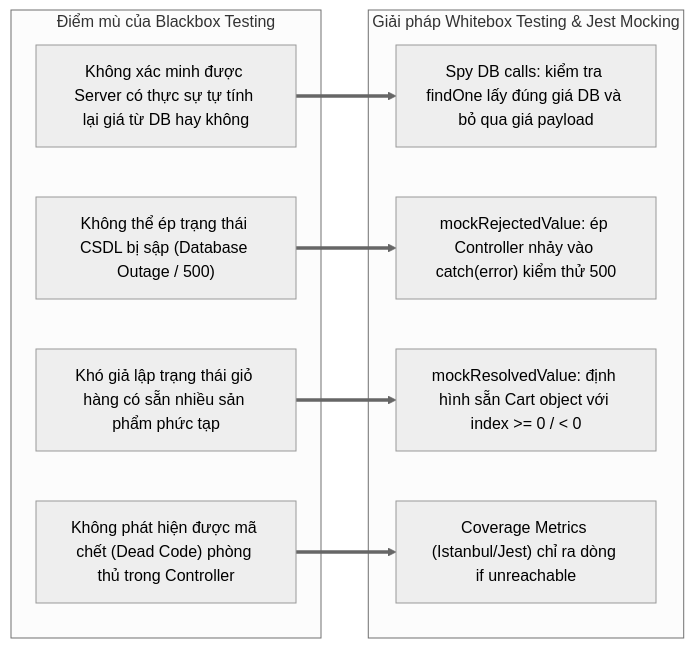
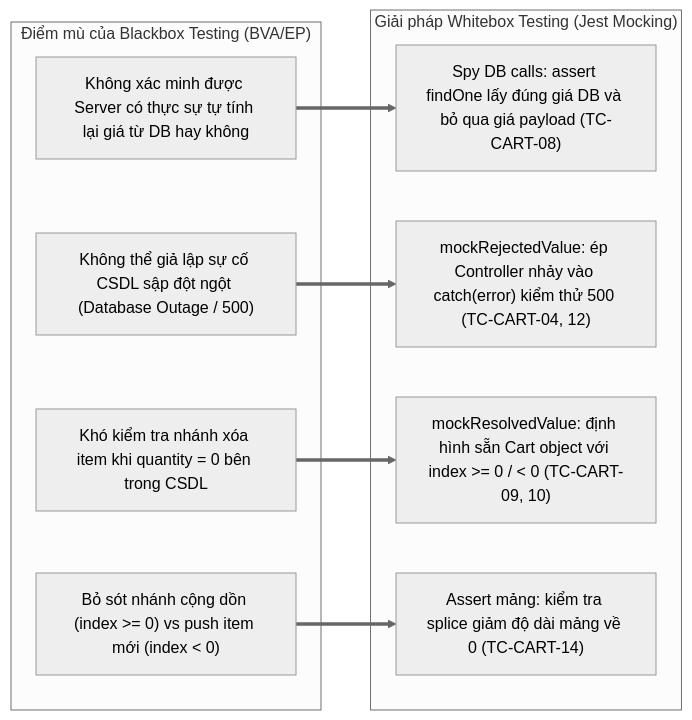
Before and after one commit to ngthdanh05/e-commerce-web: the third of 3 diagrams in Doc/Report/CART_TEST_REPORT.md, drawn with Mermaid (neutral theme). The commit also changed other lines of this file and 6 other files, not shown here.

````diff
--- a/Doc/Report/CART_TEST_REPORT.md
+++ b/Doc/Report/CART_TEST_REPORT.md
@@ -316,21 +355,21 @@
 ```mermaid
 graph LR
-    subgraph BlindSpots ["Điểm mù của Blackbox Testing"]
+    subgraph BlindSpots ["Điểm mù của Blackbox Testing (BVA/EP)"]
         B1["Không xác minh được Server có thực sự tự tính lại giá từ DB hay không"]
-        B2["Không thể ép trạng thái CSDL bị sập (Database Outage / 500)"]
-        B3["Khó giả lập trạng thái giỏ hàng có sẵn nhiều sản phẩm phức tạp"]
-        B4["Không phát hiện được mã chết (Dead Code) phòng thủ trong Controller"]
+        B2["Không thể giả lập sự cố CSDL sập đột ngột (Database Outage / 500)"]
+        B3["Khó kiểm tra nhánh xóa item khi quantity = 0 bên trong CSDL"]
+        B4["Bỏ sót nhánh cộng dồn (index >= 0) vs push item mới (index < 0)"]
     end
 
-    subgraph WhiteboxPower ["Giải pháp Whitebox Testing & Jest Mocking"]
-        W1["Spy DB calls: kiểm tra findOne lấy đúng giá DB và bỏ qua giá payload"]
-        W2["mockRejectedValue: ép Controller nhảy vào catch(error) kiểm thử 500"]
-        W3["mockResolvedValue: định hình sẵn Cart object với index >= 0 / < 0"]
-        W4["Coverage Metrics (Istanbul/Jest) chỉ ra dòng if unreachable"]
+    subgraph WhiteboxPower ["Giải pháp Whitebox Testing (Jest Mocking)"]
+        W1["Spy DB calls: assert findOne lấy đúng giá DB và bỏ qua giá payload (TC-CART-08)"]
+        W2["mockRejectedValue: ép Controller nhảy vào catch(error) kiểm thử 500 (TC-CART-04, 12)"]
+        W3["mockResolvedValue: định hình sẵn Cart object với index >= 0 / < 0 (TC-CART-09, 10)"]
+        W4["Assert mảng: kiểm tra splice giảm độ dài mảng về 0 (TC-CART-14)"]
     end
 
     B1 ==> W1
     B2 ==> W2
     B3 ==> W3
     B4 ==> W4
 ```
````
